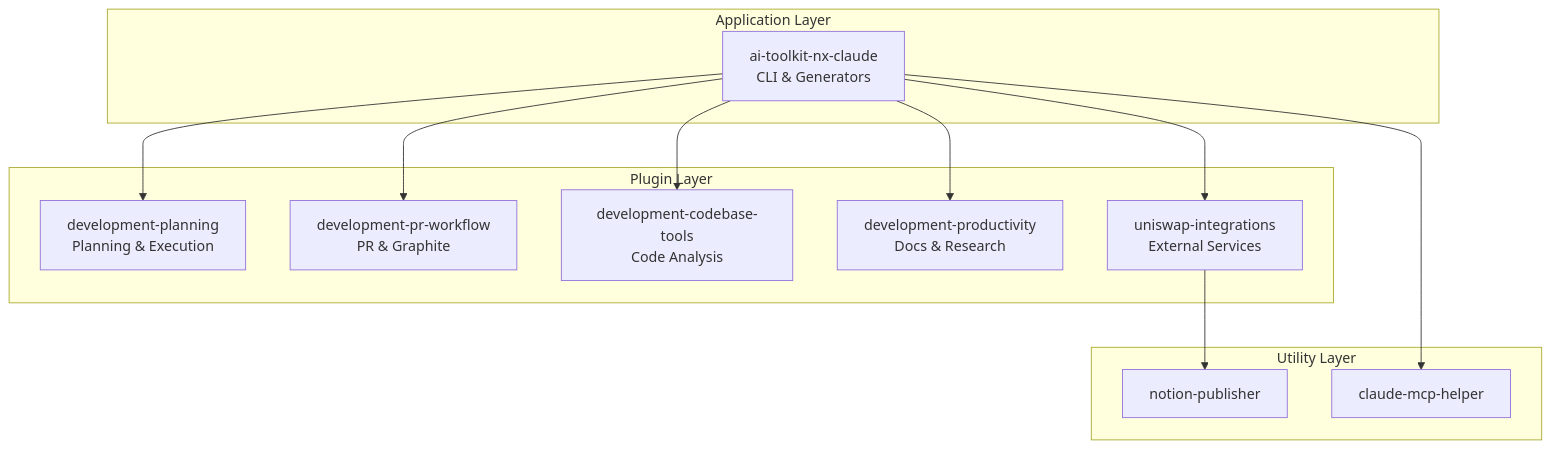
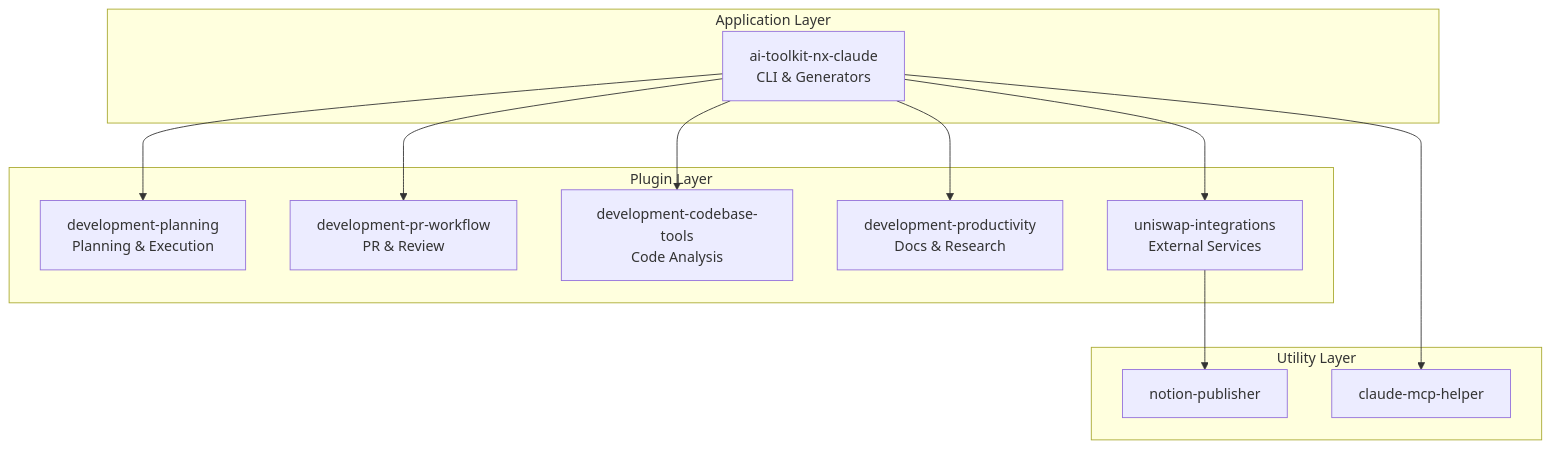
One commit to Uniswap/ai-toolkit changed the first of 4 diagrams in docs/readmes/DEVELOPMENT.md. Above: the diagram before and after it, drawn with Mermaid. The commit also changed other lines of this file and 28 other files, not shown here.

First line of the commit message:
chore(plugins): remove Graphite skills, agent and workflow modes

````diff
--- a/docs/readmes/DEVELOPMENT.md
+++ b/docs/readmes/DEVELOPMENT.md
@@ -49,27 +49,27 @@
 ```mermaid
 graph TD
     subgraph "Application Layer"
         CLI[ai-toolkit-nx-claude<br/>CLI & Generators]
     end
 
     subgraph "Plugin Layer"
         DEV_PLAN[development-planning<br/>Planning & Execution]
-        DEV_PR[development-pr-workflow<br/>PR & Graphite]
+        DEV_PR[development-pr-workflow<br/>PR & Review]
         DEV_CODE[development-codebase-tools<br/>Code Analysis]
         DEV_PROD[development-productivity<br/>Docs & Research]
         UNI_INT[uniswap-integrations<br/>External Services]
     end
 
     subgraph "Utility Layer"
         NOTION[notion-publisher]
         MCP[claude-mcp-helper]
     end
 
     CLI --> DEV_PLAN
     CLI --> DEV_PR
     CLI --> DEV_CODE
     CLI --> DEV_PROD
     CLI --> UNI_INT
     UNI_INT --> NOTION
     CLI --> MCP
 ```
````
